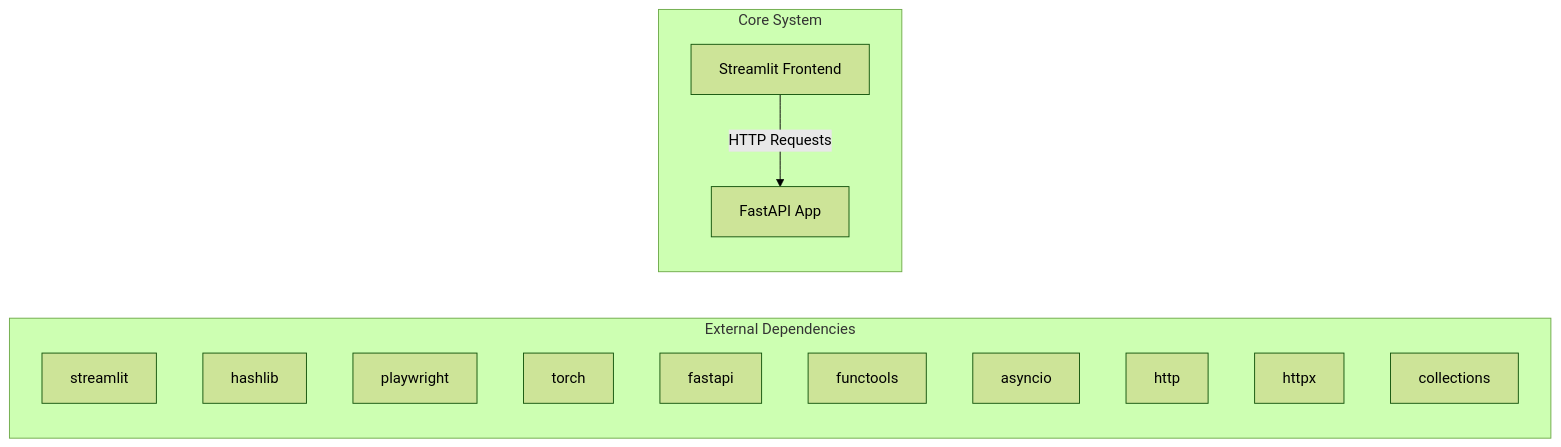
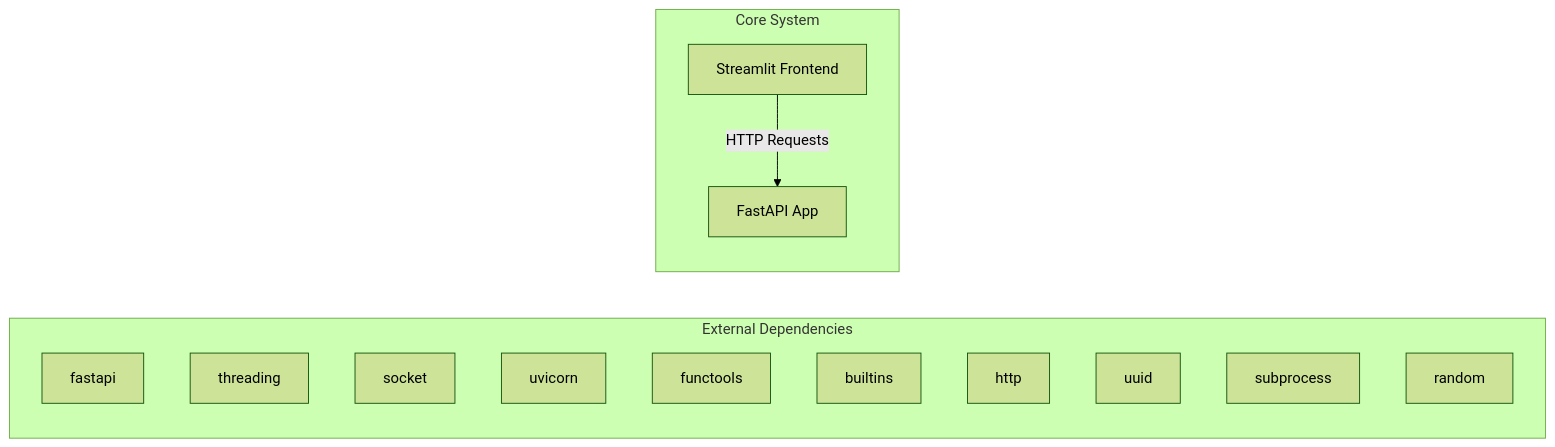
Before and after one commit to NITISH-R-G/rag-context-optimizer: the first of 2 diagrams in docs/architecture.md, drawn with Mermaid (forest theme). The commit also changed other lines of this file and 1 other file, not shown here.

Commit message:
docs: auto-update repository knowledge, architecture diagrams, and documentation

````diff
--- a/docs/architecture.md
+++ b/docs/architecture.md
@@ -7,20 +7,20 @@
 ```mermaid
 graph LR
     subgraph External Dependencies
-        E0["streamlit"]
-        E1["hashlib"]
-        E2["playwright"]
-        E3["torch"]
-        E4["fastapi"]
-        E5["functools"]
-        E6["asyncio"]
-        E7["http"]
-        E8["httpx"]
-        E9["collections"]
+        E0["fastapi"]
+        E1["threading"]
+        E2["socket"]
+        E3["uvicorn"]
+        E4["functools"]
+        E5["builtins"]
+        E6["http"]
+        E7["uuid"]
+        E8["subprocess"]
+        E9["random"]
     end
     subgraph Core System
         API["FastAPI App"]
         UI["Streamlit Frontend"]
     end
     UI -->|HTTP Requests| API
 ```
````
